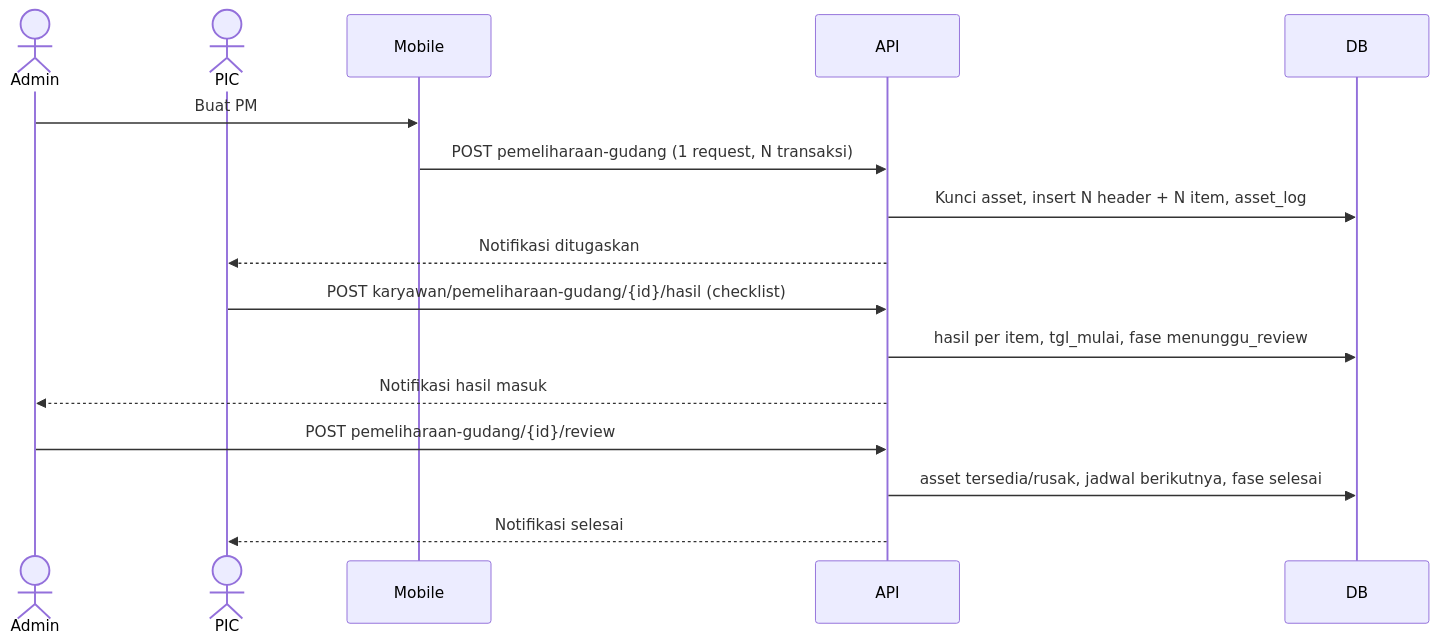
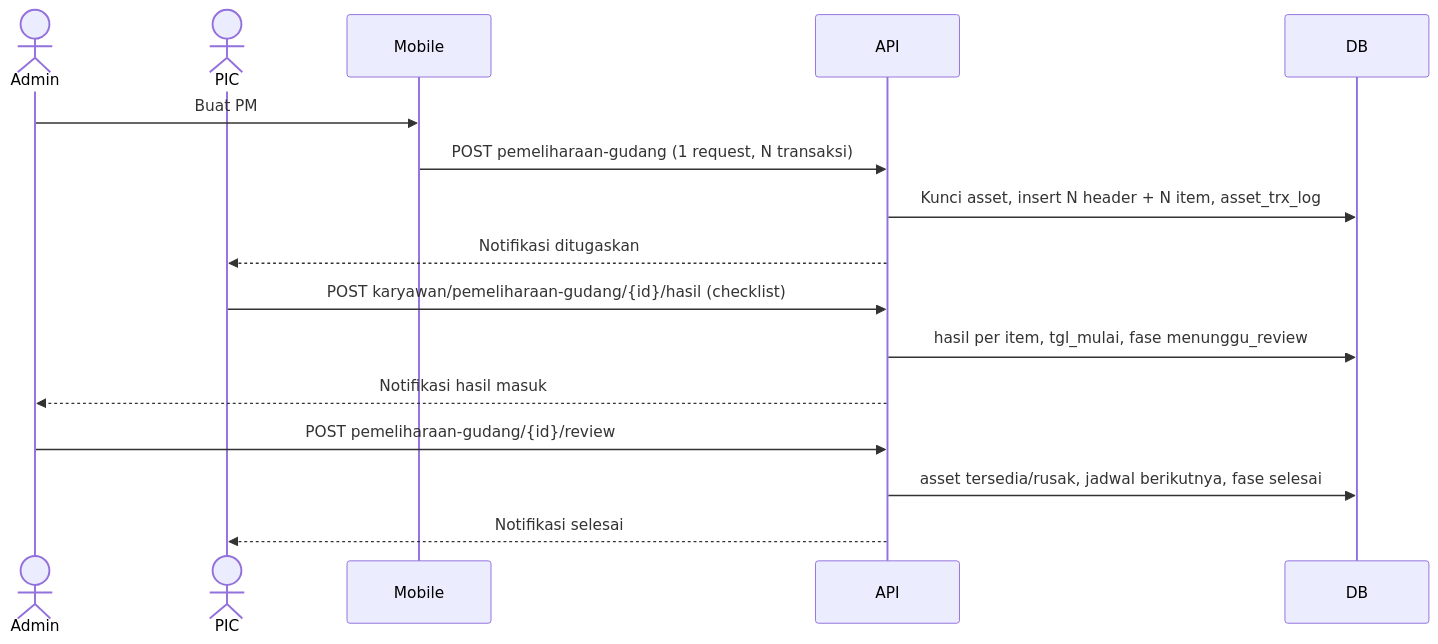
One commit to setiyawan12/DOKUMENTASI-ASSET changed the second of 4 diagrams in dokumentasi-asset-pemeliharaan-gudang.md. Above: the diagram before and after it, drawn with Mermaid. The commit also changed other lines of this file and 34 other files, not shown here.

````diff
--- a/dokumentasi-asset-pemeliharaan-gudang.md
+++ b/dokumentasi-asset-pemeliharaan-gudang.md
@@ -179,18 +179,18 @@
 ```mermaid
 sequenceDiagram
     actor Admin
     actor PIC
     participant App as Mobile
     participant API
     participant DB
     Admin->>App: Buat PM
     App->>API: POST pemeliharaan-gudang (1 request, N transaksi)
-    API->>DB: Kunci asset, insert N header + N item, asset_log
+    API->>DB: Kunci asset, insert N header + N item, asset_trx_log
     API-->>PIC: Notifikasi ditugaskan
     PIC->>API: POST karyawan/pemeliharaan-gudang/{id}/hasil (checklist)
     API->>DB: hasil per item, tgl_mulai, fase menunggu_review
     API-->>Admin: Notifikasi hasil masuk
     Admin->>API: POST pemeliharaan-gudang/{id}/review
     API->>DB: asset tersedia/rusak, jadwal berikutnya, fase selesai
     API-->>PIC: Notifikasi selesai
 ```
````
